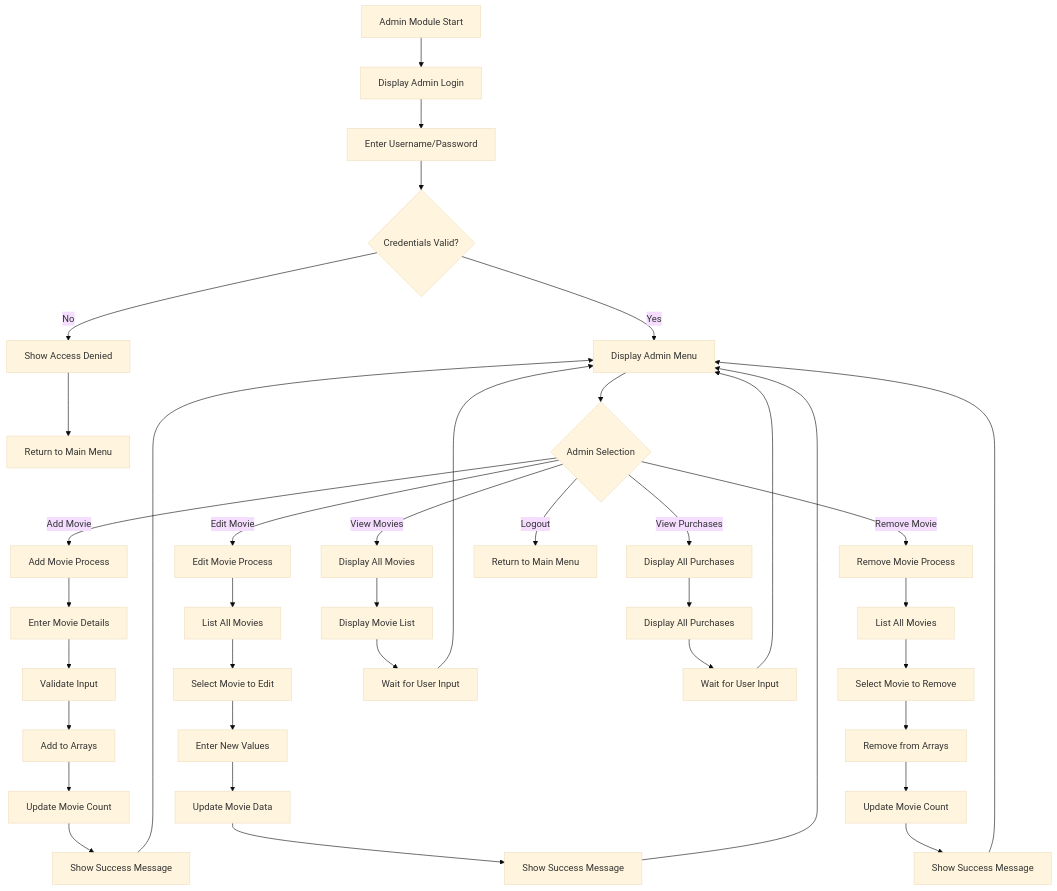
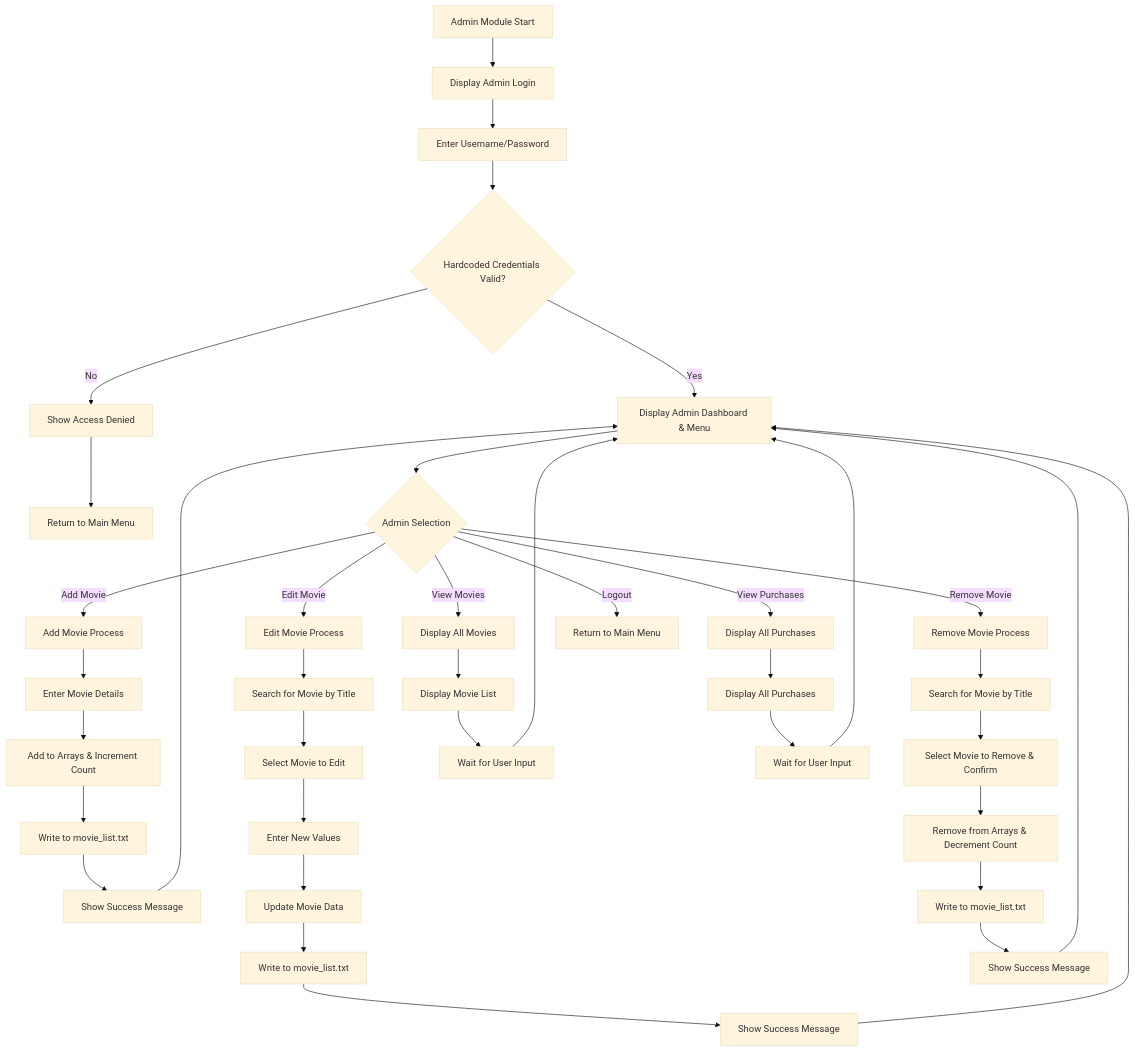
One commit to QUENJiX/test.github.io changed the second of 5 diagrams in README.md. Above: the diagram before and after it, drawn with Mermaid (base theme). The commit also changed other lines of this file, not shown here.

````diff
--- a/README.md
+++ b/README.md
@@ -413,40 +290,40 @@
 ```mermaid
 graph TD
     A[Admin Module Start] --> B[Display Admin Login]
     B --> C[Enter Username/Password]
-    C --> D{Credentials Valid?}
+    C --> D{Hardcoded Credentials Valid?}
     D -->|No| E[Show Access Denied]
     E --> F[Return to Main Menu]
-    D -->|Yes| G[Display Admin Menu]
+    D -->|Yes| G[Display Admin Dashboard & Menu]
     G --> H{Admin Selection}
     H -->|Add Movie| I[Add Movie Process]
     H -->|Edit Movie| J[Edit Movie Process]
     H -->|Remove Movie| K[Remove Movie Process]
     H -->|View Movies| L[Display All Movies]
     H -->|View Purchases| M[Display All Purchases]
     H -->|Logout| N[Return to Main Menu]
     I --> O[Enter Movie Details]
-    O --> P[Validate Input]
-    P --> Q[Add to Arrays]
-    Q --> R[Update Movie Count]
-    R --> S[Show Success Message]
-    S --> G
-    J --> T[List All Movies]
-    T --> U[Select Movie to Edit]
-    U --> V[Enter New Values]
-    V --> W[Update Movie Data]
+    O --> P[Add to Arrays & Increment Count]
+    P --> Q[Write to movie_list.txt]
+    Q --> R[Show Success Message]
+    R --> G
+    J --> S[Search for Movie by Title]
+    S --> T[Select Movie to Edit]
+    T --> U[Enter New Values]
+    U --> V[Update Movie Data]
+    V --> W[Write to movie_list.txt]
     W --> X[Show Success Message]
     X --> G
-    K --> Y[List All Movies]
-    Y --> Z[Select Movie to Remove]
-    Z --> AA[Remove from Arrays]
-    AA --> AB[Update Movie Count]
+    K --> Y[Search for Movie by Title]
+    Y --> Z[Select Movie to Remove & Confirm]
+    Z --> AA[Remove from Arrays & Decrement Count]
+    AA --> AB[Write to movie_list.txt]
     AB --> AC[Show Success Message]
     AC --> G
     L --> AD[Display Movie List]
     AD --> AE[Wait for User Input]
     AE --> G
     M --> AF[Display All Purchases]
     AF --> AG[Wait for User Input]
     AG --> G
 ```
````
